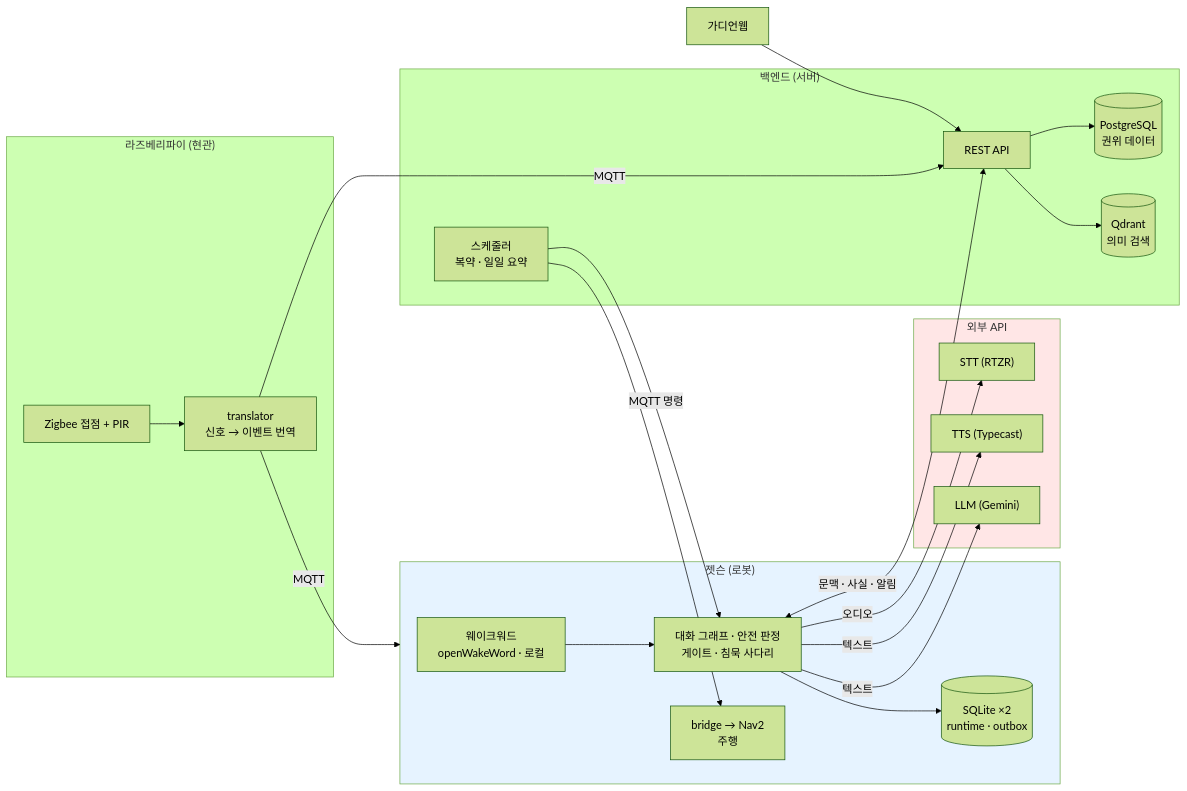
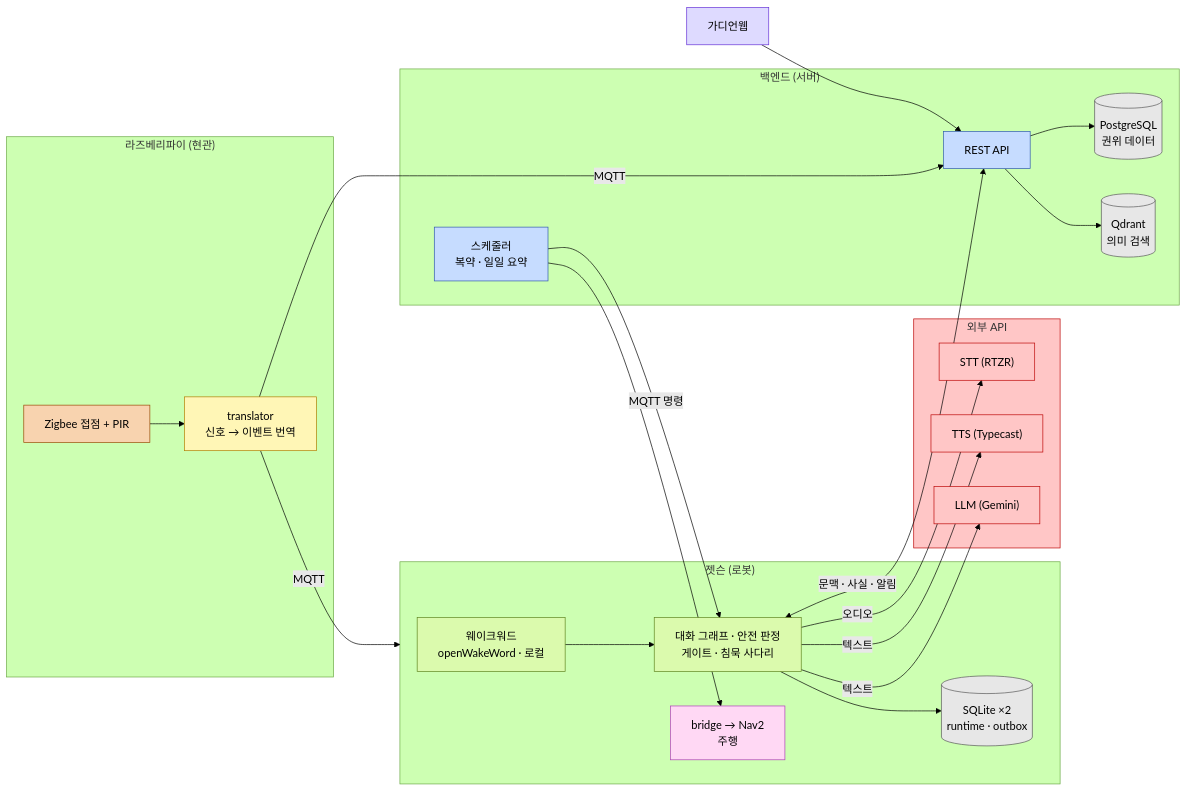
The second of 2 diagrams in docs/design/돌봄봇 설계.md (bomi-aiot/BOMI), drawn with Mermaid (forest theme) before and after one commit. The commit also changed other lines of this file and 13 other files, not shown here.

First line of the commit message:
docs: 문서 다이어그램 팔레트 통일과 배치 정리

````diff
--- a/docs/design/돌봄봇 설계.md
+++ b/docs/design/돌봄봇 설계.md
@@ -666,44 +671,51 @@
 ```mermaid
 flowchart LR
     subgraph PI["라즈베리파이 (현관)"]
-        Z["Zigbee 접점 + PIR"] --> TR["translator<br/>신호 → 이벤트 번역"]
+        Z["Zigbee 접점 + PIR"]:::iot --> TR["translator<br/>신호 → 이벤트 번역"]:::pi
     end
 
     subgraph JET["젯슨 (로봇)"]
-        WW["웨이크워드<br/>openWakeWord · 로컬"]
-        GR["대화 그래프 · 안전 판정<br/>게이트 · 침묵 사다리"]
-        SQ[("SQLite ×2<br/>runtime · outbox")]
-        NAV["bridge → Nav2<br/>주행"]
+        WW["웨이크워드<br/>openWakeWord · 로컬"]:::robot
+        GR["대화 그래프 · 안전 판정<br/>게이트 · 침묵 사다리"]:::robot
+        SQ[("SQLite ×2<br/>runtime · outbox")]:::data
+        NAV["bridge → Nav2<br/>주행"]:::drive
     end
 
     subgraph EXT["외부 API"]
-        STT["STT (RTZR)"]
-        TTS["TTS (Typecast)"]
-        LLM["LLM (Gemini)"]
+        STT["STT (RTZR)"]:::ext
+        TTS["TTS (Typecast)"]:::ext
+        LLM["LLM (Gemini)"]:::ext
     end
 
     subgraph BE["백엔드 (서버)"]
-        API["REST API"]
-        PGDB[("PostgreSQL<br/>권위 데이터")]
-        QD[("Qdrant<br/>의미 검색")]
-        SCH["스케줄러<br/>복약 · 일일 요약"]
+        API["REST API"]:::backend
+        PGDB[("PostgreSQL<br/>권위 데이터")]:::data
+        QD[("Qdrant<br/>의미 검색")]:::data
+        SCH["스케줄러<br/>복약 · 일일 요약"]:::backend
     end
 
-    WEB["가디언웹"] --> API
+    WEB["가디언웹"]:::fe --> API
 
     TR -->|MQTT| JET
     TR -->|MQTT| API
     WW --> GR
     GR -->|오디오| STT
     GR -->|텍스트| LLM
     GR -->|텍스트| TTS
     GR <-->|"문맥 · 사실 · 알림"| API
     GR --> SQ
     API --> PGDB
     API --> QD
     SCH -->|"MQTT 명령"| GR
     SCH --> NAV
 
-    style EXT fill:#ffe6e6
-    style JET fill:#e6f3ff
+    classDef iot fill:#f8d3af,stroke:#9b4a07
+    classDef pi fill:#fff6b6,stroke:#af7e02
+    classDef robot fill:#dbfaad,stroke:#608520
+    classDef drive fill:#ffd8f4,stroke:#af3fb9
+    classDef data fill:#e7e7e7,stroke:#595959
+    classDef ext fill:#ffc6c6,stroke:#bd0909
+    classDef backend fill:#c6dcff,stroke:#305bab
+    classDef fe fill:#dedaff,stroke:#6631d7
+    style EXT fill:#ffc6c6,stroke:#bd0909
 ```
````
